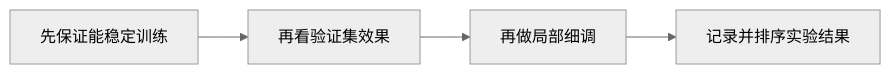
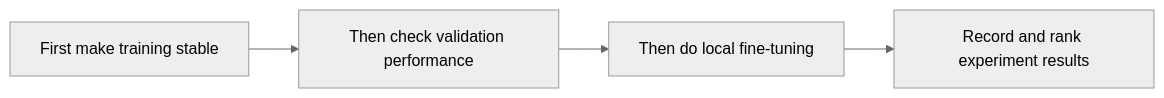
The diagram in docs/ch06-deep-learning/ch07-training-tips/01-hyperparameter-tuning.md (oudbiao/AI-fullstack-course), drawn with Mermaid (neutral theme) before and after one commit. The commit also changed other lines of this file and 1406 other files, not shown here.

````diff
--- a/docs/ch06-deep-learning/ch07-training-tips/01-hyperparameter-tuning.md
+++ b/docs/ch06-deep-learning/ch07-training-tips/01-hyperparameter-tuning.md
@@ -45,6 +45,6 @@
 ```mermaid
 flowchart LR
-    A["先保证能稳定训练"] --> B["再看验证集效果"]
-    B --> C["再做局部细调"]
-    C --> D["记录并排序实验结果"]
+    A["First make training stable"] --> B["Then check validation performance"]
+    B --> C["Then do local fine-tuning"]
+    C --> D["Record and rank experiment results"]
 ```
````
